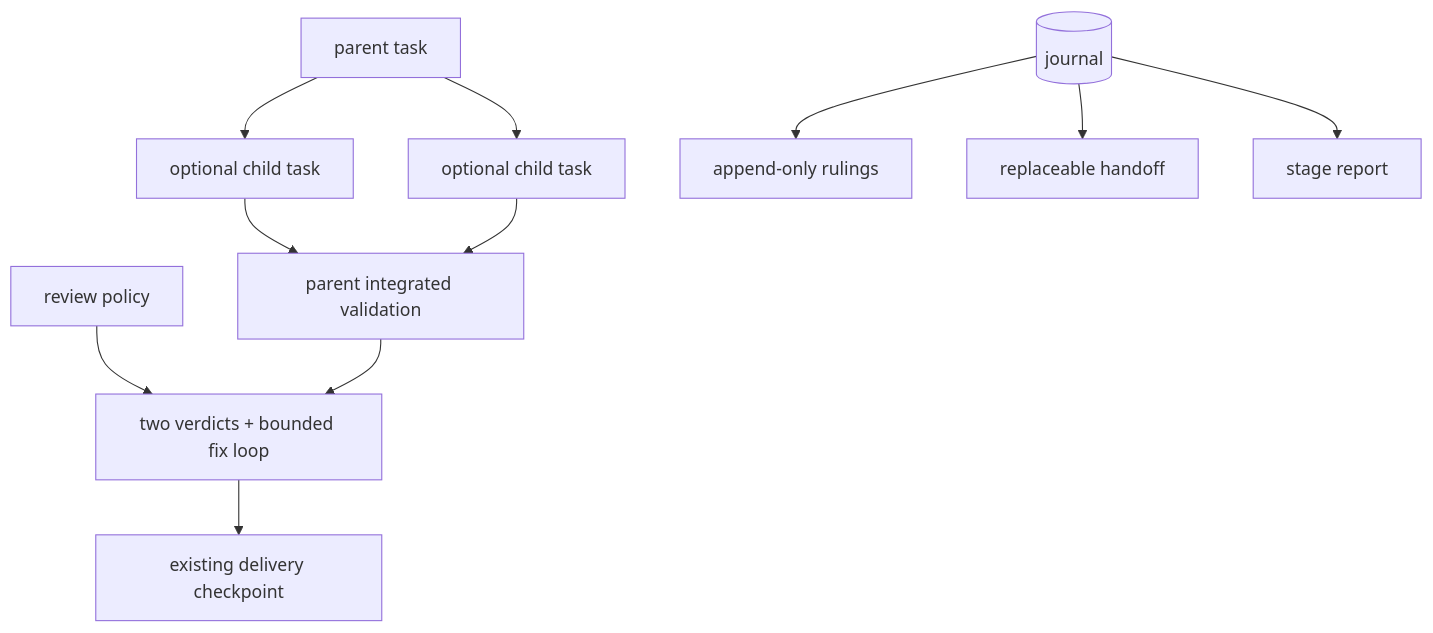
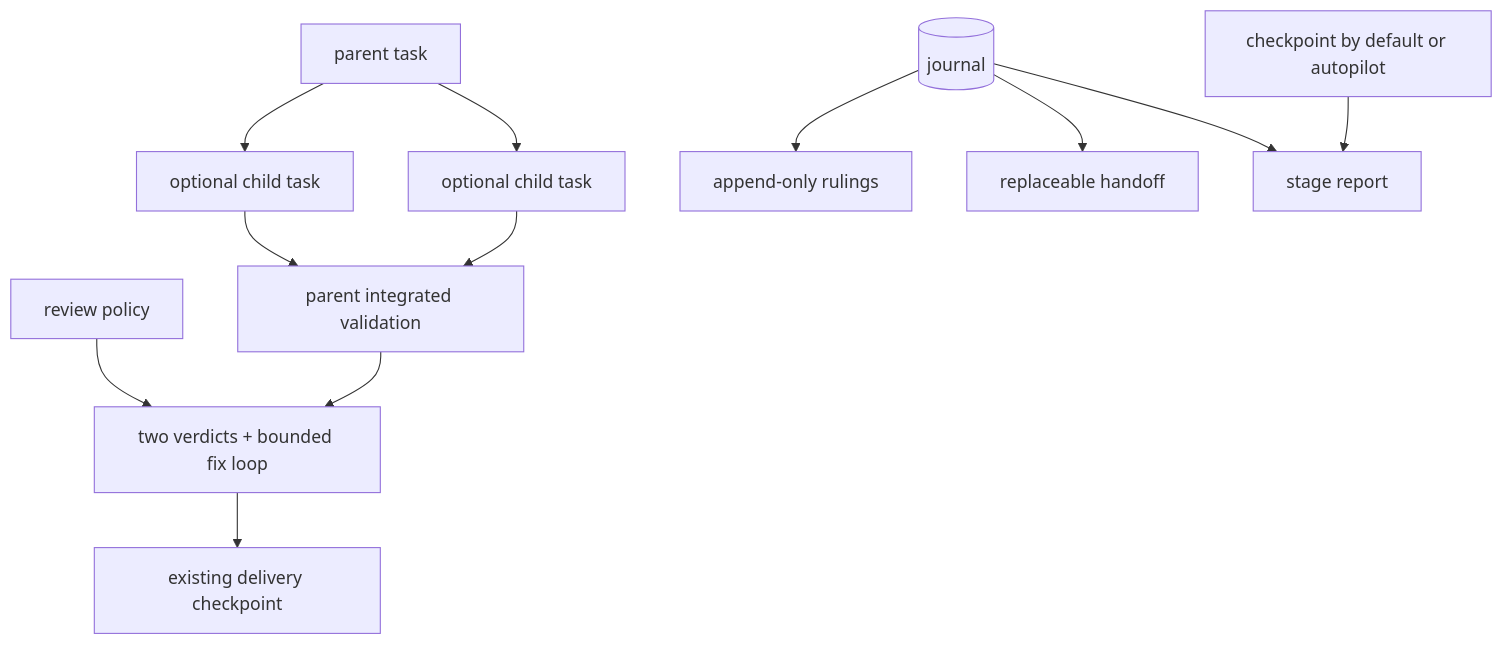
Before and after one commit to DDP-Engineering/Agentic_Engineering_Governance_Integrity_System: the diagram in .agentic/knowledge/reusable-workflow-payload.md, drawn with Mermaid. The commit also changed other lines of this file and 124 other files, not shown here.

````diff
--- a/.agentic/knowledge/reusable-workflow-payload.md
+++ b/.agentic/knowledge/reusable-workflow-payload.md
@@ -75,13 +106,14 @@
 ```mermaid
 flowchart TD
     parent[parent task] --> childA[optional child task]
     parent --> childB[optional child task]
     childA --> integrated[parent integrated validation]
     childB --> integrated
     journal[(journal)] --> rulings[append-only rulings]
     journal --> handoff[replaceable handoff]
     journal --> report[stage report]
+    interaction[checkpoint by default or autopilot] --> report
     policy[review policy] --> review[two verdicts + bounded fix loop]
     integrated --> review
     review --> checkpoint[existing delivery checkpoint]
 ```
````
